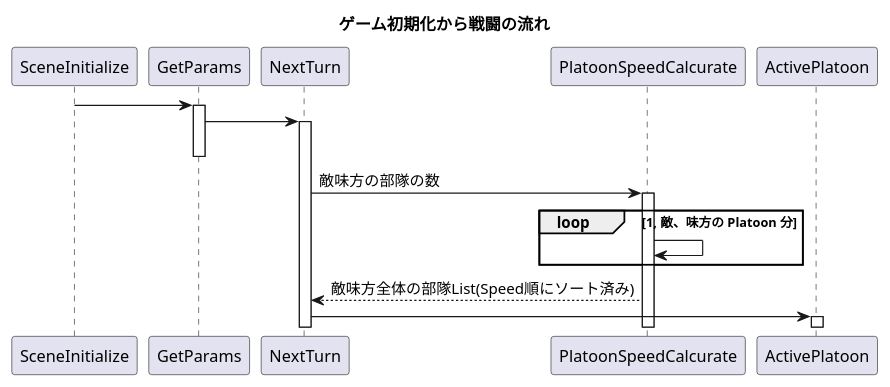
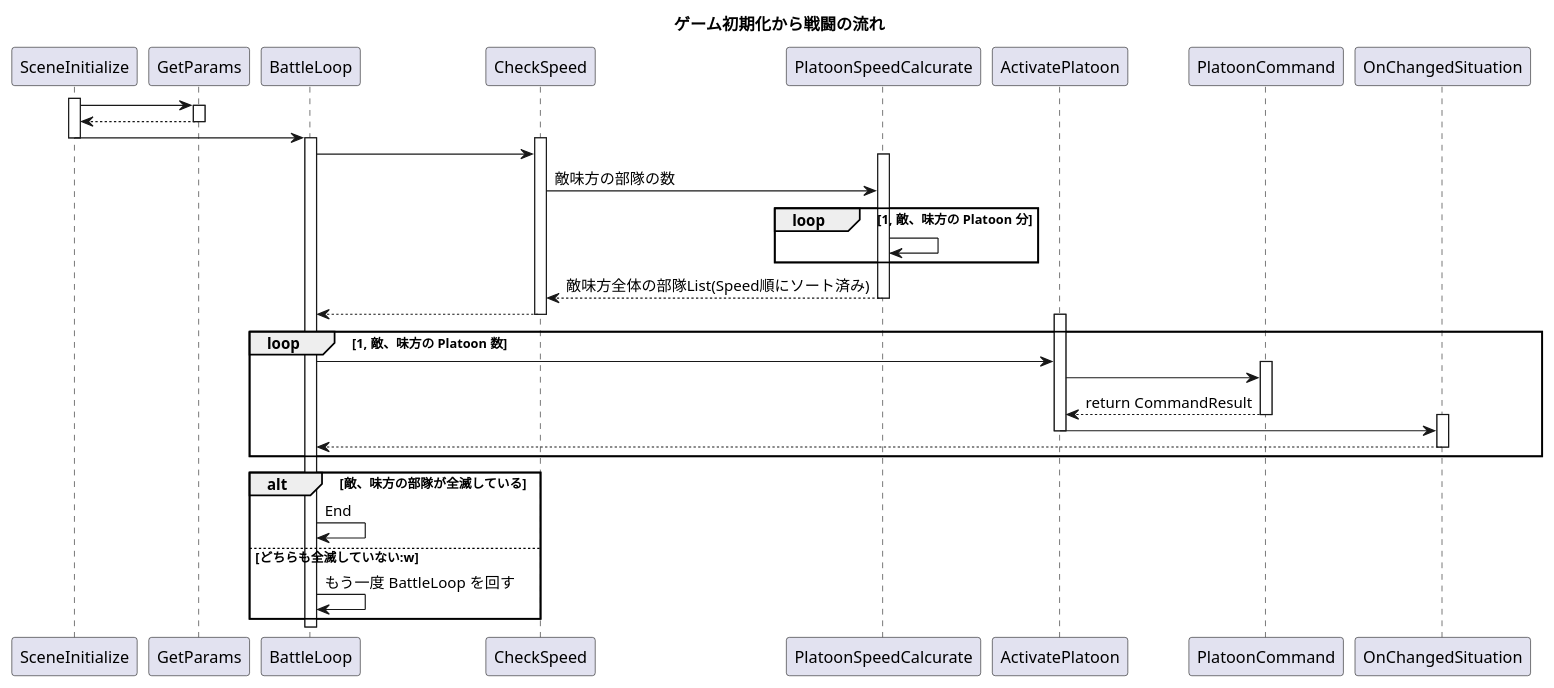
Before and after one commit to masalinkinpark/UML: the diagram in HSTG/Class/BattleSequence.pu, drawn with PlantUML. The commit also changed 1 other file, not shown here.

Commit message:
シーケンス図の記入と、それに伴うクラス図の変更

```diff
--- a/HSTG/Class/BattleSequence.pu
+++ b/HSTG/Class/BattleSequence.pu
@@ -1,24 +1,51 @@
 @startuml BattleSequence
 title ゲーム初期化から戦闘の流れ
 
+activate SceneInitialize
 SceneInitialize -> GetParams
 activate GetParams
+GetParams --> SceneInitialize
+deactivate GetParams
+SceneInitialize -> BattleLoop
+deactivate SceneInitialize
 
-GetParams -> NextTurn
-activate NextTurn
-deactivate GetParams
-
-NextTurn -> PlatoonSpeedCalcurate : 敵味方の部隊の数
+activate BattleLoop
+activate CheckSpeed
+BattleLoop -> CheckSpeed
 activate PlatoonSpeedCalcurate
+CheckSpeed -> PlatoonSpeedCalcurate : 敵味方の部隊の数
 
 loop 1, 敵、味方の Platoon 分
     PlatoonSpeedCalcurate -> PlatoonSpeedCalcurate
 end
 
-PlatoonSpeedCalcurate --> NextTurn : 敵味方全体の部隊List(Speed順にソート済み)
+PlatoonSpeedCalcurate --> CheckSpeed : 敵味方全体の部隊List(Speed順にソート済み)
+deactivate PlatoonSpeedCalcurate
 
-NextTurn -> ActivePlatoon
-activate ActivePlatoon
+CheckSpeed --> BattleLoop
+deactivate CheckSpeed
 
+loop 1, 敵、味方の Platoon 数
+    activate ActivatePlatoon
+    BattleLoop -> ActivatePlatoon
+    activate PlatoonCommand
+    ActivatePlatoon -> PlatoonCommand
+    PlatoonCommand --> ActivatePlatoon : return CommandResult
+    deactivate PlatoonCommand
 
+    activate OnChangedSituation
+    ActivatePlatoon -> OnChangedSituation
+    deactivate ActivatePlatoon
+
+    OnChangedSituation --> BattleLoop
+    deactivate OnChangedSituation
+end
+
+alt 敵、味方の部隊が全滅している
+    BattleLoop -> BattleLoop :End
+else どちらも全滅していない:w
+    BattleLoop -> BattleLoop : もう一度 BattleLoop を回す
+end
+
+deactivate BattleLoop
 @enduml
```
